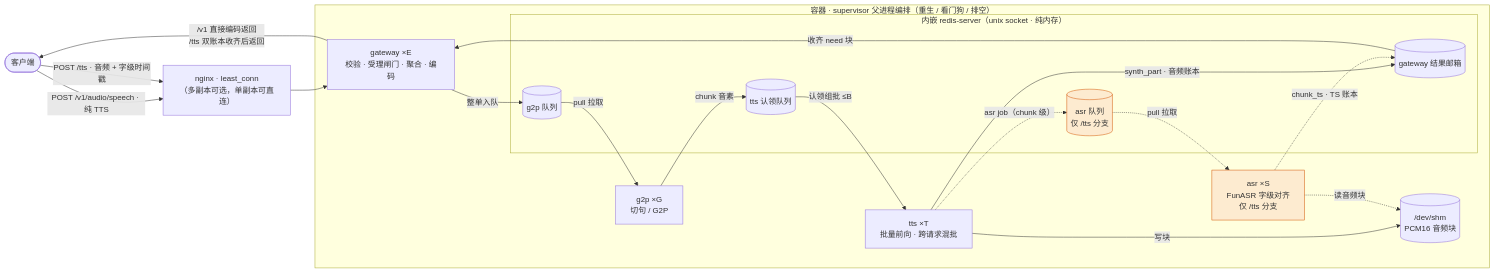
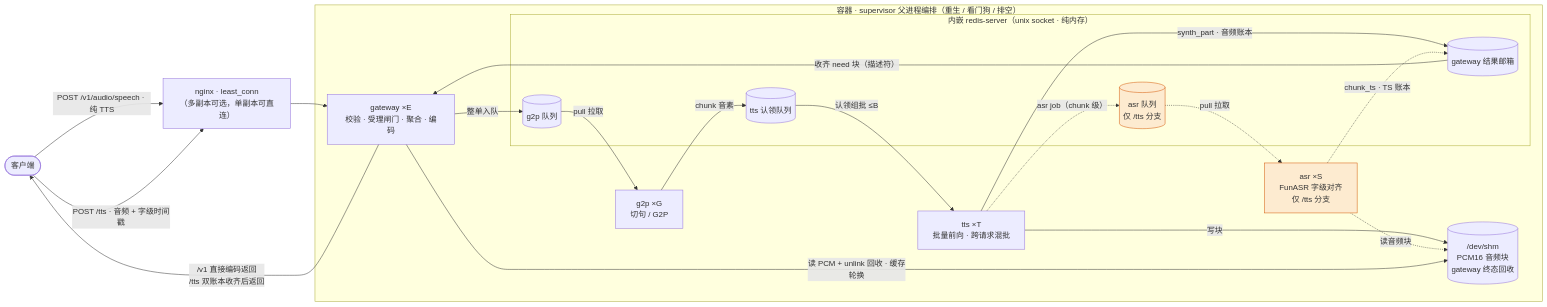
Before and after one commit to guang384/kokoro-tts-ascend: the first of 4 diagrams in README.md, drawn with Mermaid. The commit also changed other lines of this file, not shown here.

First line of the commit message:
docs: show SHM read-back and recycle in return path

````diff
--- a/README.md
+++ b/README.md
@@ -13,36 +13,37 @@
 ```mermaid
 flowchart LR
   client([客户端]) -->|"POST /v1/audio/speech · 纯 TTS"| nginx
   client -->|"POST /tts · 音频 + 字级时间戳"| nginx
   nginx["nginx · least_conn<br/>（多副本可选，单副本可直连）"] --> gw
 
   subgraph box["容器 · supervisor 父进程编排（重生 / 看门狗 / 排空）"]
     gw["gateway ×E<br/>校验 · 受理闸门 · 聚合 · 编码"]
     g2p["g2p ×G<br/>切句 / G2P"]
     tts["tts ×T<br/>批量前向 · 跨请求混批"]
     asr["asr ×S<br/>FunASR 字级对齐<br/>仅 /tts 分支"]
     subgraph q["内嵌 redis-server（unix socket · 纯内存）"]
       q1[("g2p 队列")]
       q2[("tts 认领队列")]
       q3[("asr 队列<br/>仅 /tts 分支")]
       q4[("gateway 结果邮箱")]
     end
-    shm[("/dev/shm<br/>PCM16 音频块")]
+    shm[("/dev/shm<br/>PCM16 音频块<br/>gateway 终态回收")]
   end
 
   gw -->|整单入队| q1
   q1 -->|pull 拉取| g2p
   g2p -->|chunk 音素| q2
   q2 -->|认领组批 ≤B| tts
   tts -->|写块| shm
   tts -->|synth_part · 音频账本| q4
   tts -.->|"asr job（chunk 级）"| q3
   q3 -.->|pull 拉取| asr
   asr -.->|读音频块| shm
   asr -.->|chunk_ts · TS 账本| q4
-  q4 -->|收齐 need 块| gw
+  q4 -->|收齐 need 块（描述符）| gw
+  gw -->|读 PCM + unlink 回收 · 缓存轮换| shm
   gw -->|"/v1 直接编码返回<br/>/tts 双账本收齐后返回"| client
 
   classDef ttsonly fill:#fdebd0,stroke:#d35400;
   class asr,q3 ttsonly
 ```
````
